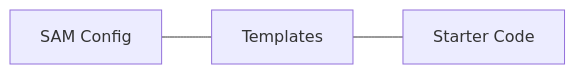
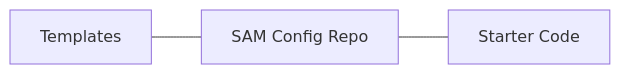
Before and after one commit to 63Klabs/atlantis: the diagram in README.md, drawn with Mermaid.

Commit message:
Update flowchart in README.md

````diff
--- a/README.md
+++ b/README.md
@@ -17,4 +17,4 @@
 ```mermaid
 flowchart LR
-    A[SAM Config] --- B[Templates] --- C[Starter Code]
+    A[Templates] --- B[SAM Config Repo] --- C[Starter Code]
 ```
````
